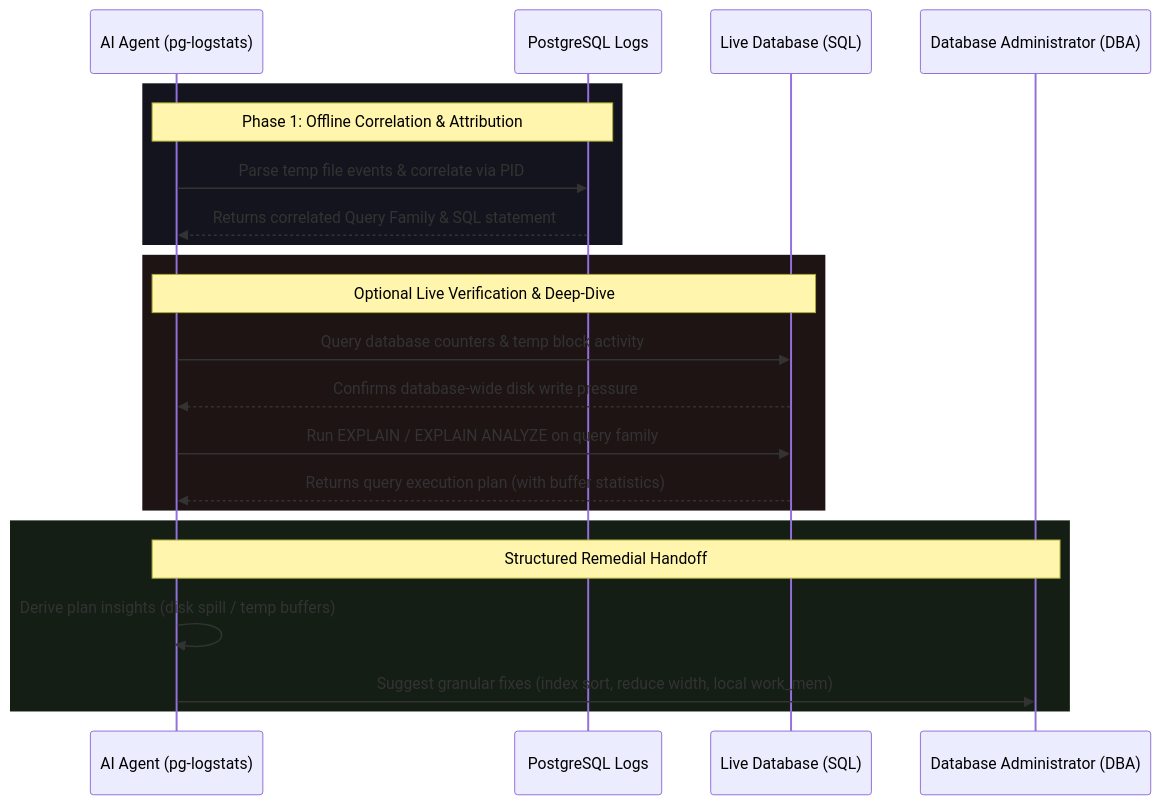
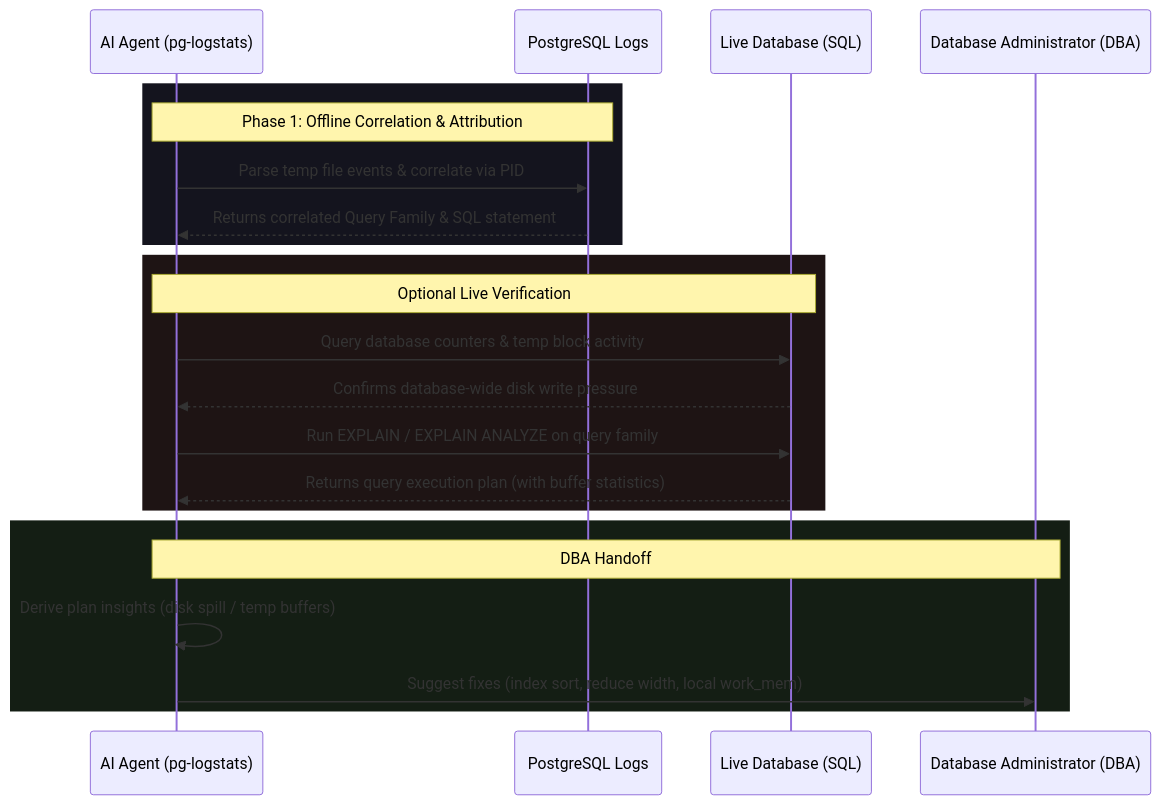
The diagram in docs/user-guide/temp-files.md (vrajat/pg-logstats), drawn with Mermaid before and after one commit. The commit also changed other lines of this file and 12 other files, not shown here.

````diff
--- a/docs/user-guide/temp-files.md
+++ b/docs/user-guide/temp-files.md
@@ -24,27 +24,27 @@
 ```mermaid
 sequenceDiagram
     participant Agent as AI Agent (pg-logstats)
     participant Logs as PostgreSQL Logs
     participant DB as Live Database (SQL)
     participant DBA as Database Administrator (DBA)
     
     rect rgb(20, 20, 30)
         Note over Agent, Logs: Phase 1: Offline Correlation & Attribution
         Agent->>Logs: Parse temp file events & correlate via PID
         Logs-->>Agent: Returns correlated Query Family & SQL statement
     end
     
     rect rgb(30, 20, 20)
-        Note over Agent, DB: Optional Live Verification & Deep-Dive
+        Note over Agent, DB: Optional Live Verification
         Agent->>DB: Query database counters & temp block activity
         DB-->>Agent: Confirms database-wide disk write pressure
         Agent->>DB: Run EXPLAIN / EXPLAIN ANALYZE on query family
         DB-->>Agent: Returns query execution plan (with buffer statistics)
     end
     
     rect rgb(20, 30, 20)
-        Note over Agent, DBA: Structured Remedial Handoff
+        Note over Agent, DBA: DBA Handoff
         Agent->>Agent: Derive plan insights (disk spill / temp buffers)
-        Agent->>DBA: Suggest granular fixes (index sort, reduce width, local work_mem)
+        Agent->>DBA: Suggest fixes (index sort, reduce width, local work_mem)
     end
 ```
````
